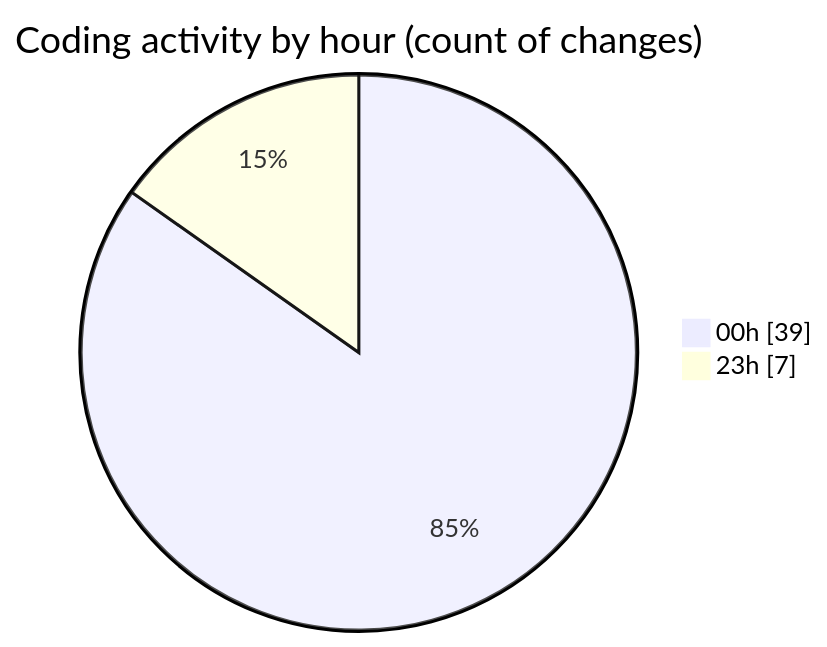
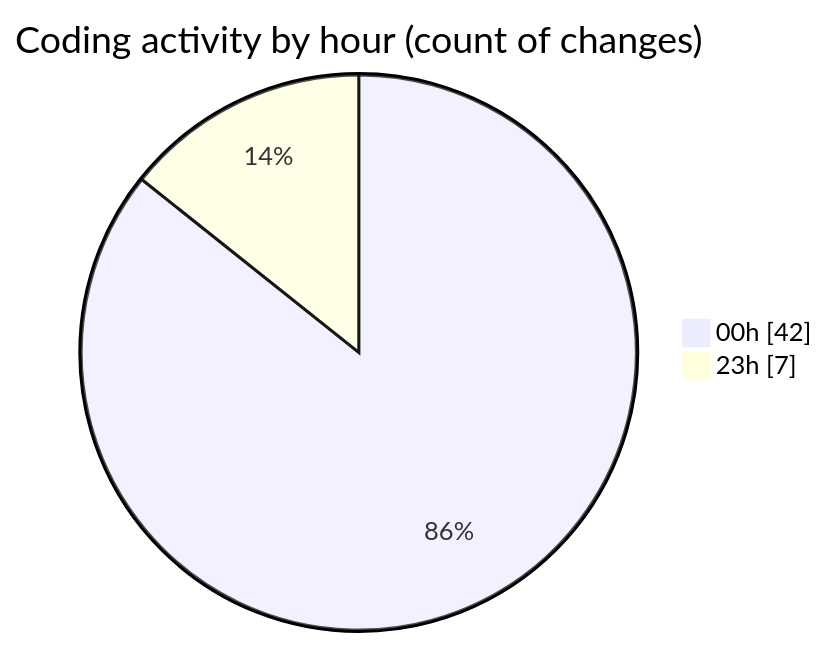
One commit to lephambinh05/code-tracking changed the second of 2 diagrams in 2025-08-12/rentotp/README.md. Above: the diagram before and after it, drawn with Mermaid. The commit also changed other lines of this file and 1 other file, not shown here.

````diff
--- a/2025-08-12/rentotp/README.md
+++ b/2025-08-12/rentotp/README.md
@@ -40,6 +40,6 @@
 ```mermaid
 pie showData
 title Coding activity by hour (count of changes)
-"00h" : 39
+"00h" : 42
 "23h" : 7
 ```
````
